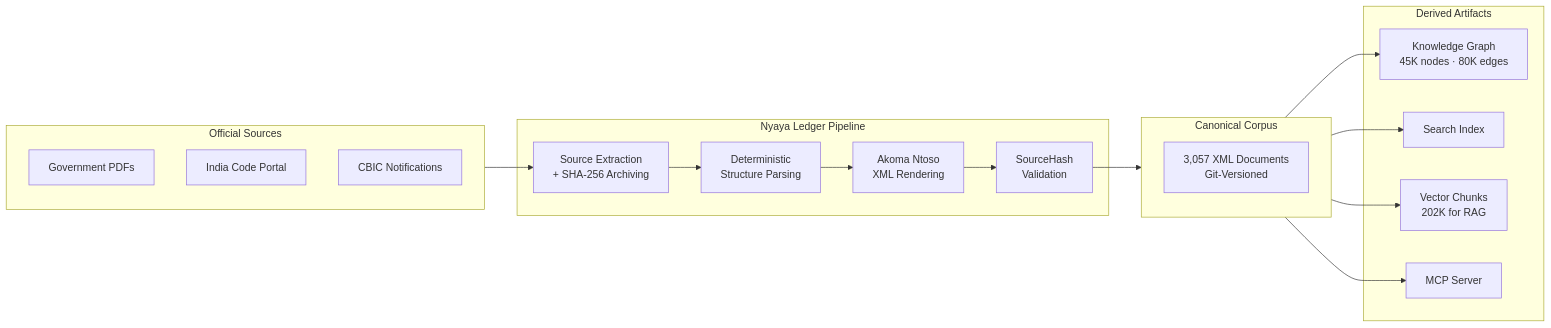
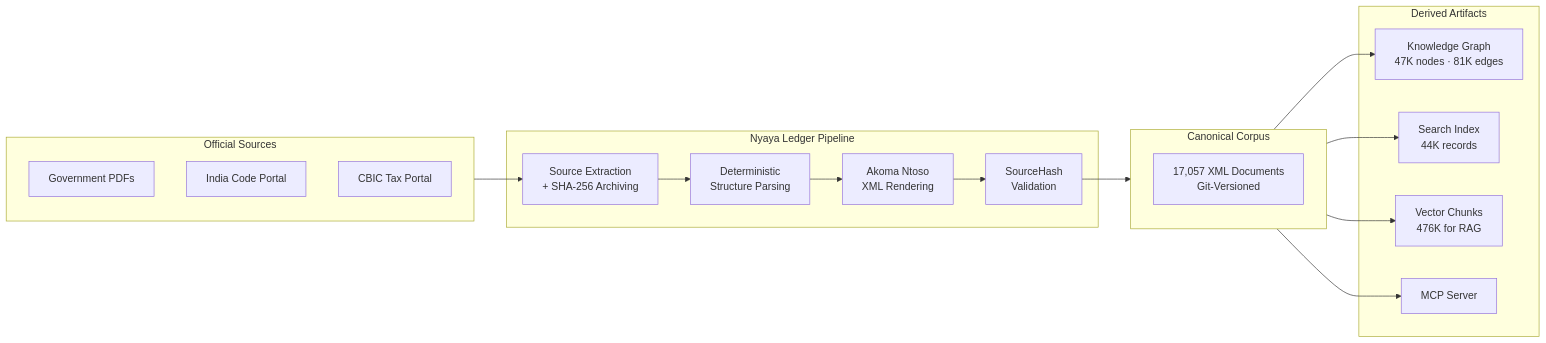
One commit to shikharpant/nyaya-ledger changed the first of 5 diagrams in README.md. Above: the diagram before and after it, drawn with Mermaid. The commit also changed other lines of this file and 9 other files, not shown here.

````diff
--- a/README.md
+++ b/README.md
@@ -94,29 +129,29 @@
 ```mermaid
 flowchart LR
     subgraph Sources["Official Sources"]
         PDF["Government PDFs"]
         PORTAL["India Code Portal"]
-        CBIC["CBIC Notifications"]
+        CBIC["CBIC Tax Portal"]
     end
 
     subgraph Pipeline["Nyaya Ledger Pipeline"]
         EXTRACT["Source Extraction<br/>+ SHA-256 Archiving"]
         PARSE["Deterministic<br/>Structure Parsing"]
         RENDER["Akoma Ntoso<br/>XML Rendering"]
         VALIDATE["SourceHash<br/>Validation"]
     end
 
     subgraph Corpus["Canonical Corpus"]
-        XML["3,057 XML Documents<br/>Git-Versioned"]
+        XML["17,057 XML Documents<br/>Git-Versioned"]
     end
 
     subgraph Derived["Derived Artifacts"]
-        GRAPH["Knowledge Graph<br/>45K nodes · 80K edges"]
-        SEARCH["Search Index"]
-        VECTOR["Vector Chunks<br/>202K for RAG"]
+        GRAPH["Knowledge Graph<br/>47K nodes &middot; 81K edges"]
+        SEARCH["Search Index<br/>44K records"]
+        VECTOR["Vector Chunks<br/>476K for RAG"]
         MCP["MCP Server"]
     end
 
     Sources --> EXTRACT --> PARSE --> RENDER --> VALIDATE --> Corpus
     Corpus --> GRAPH & SEARCH & VECTOR & MCP
 ```
````
